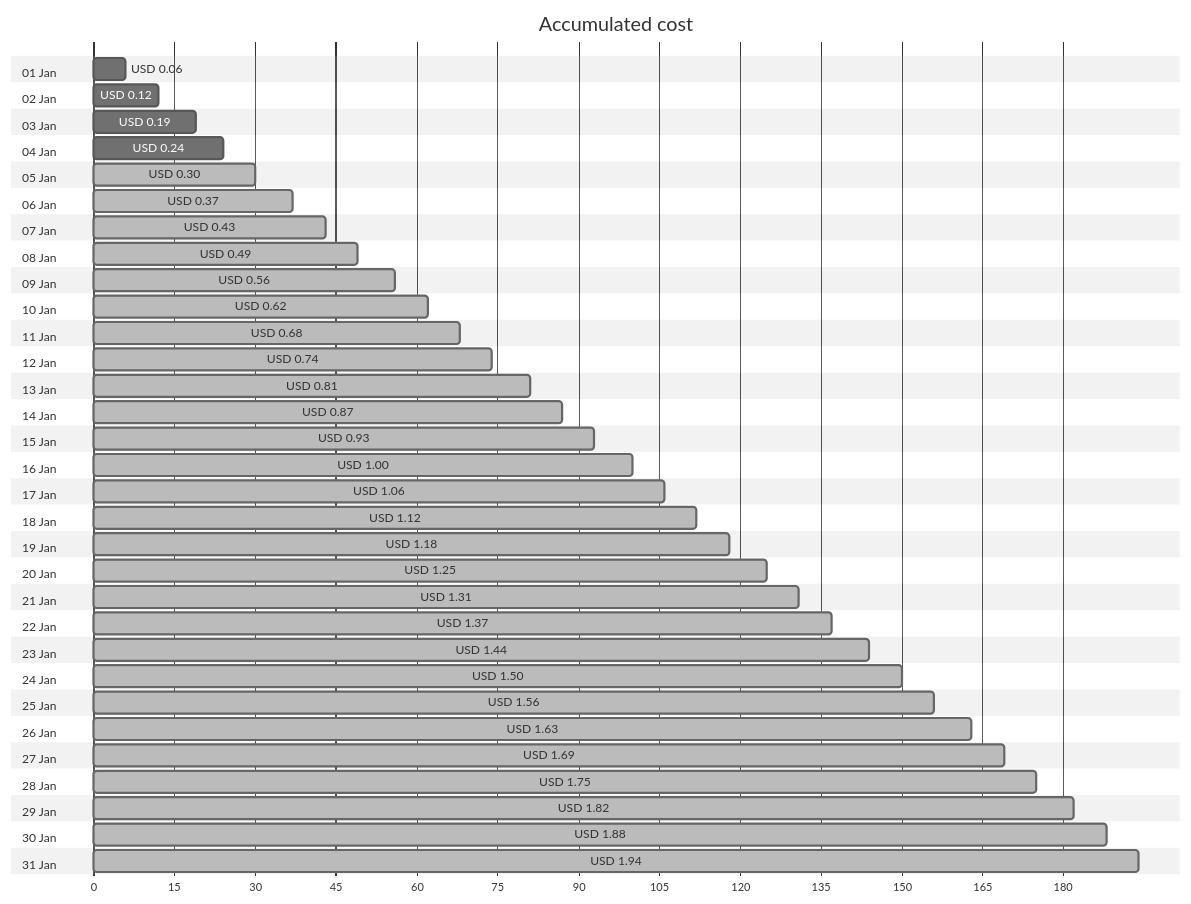
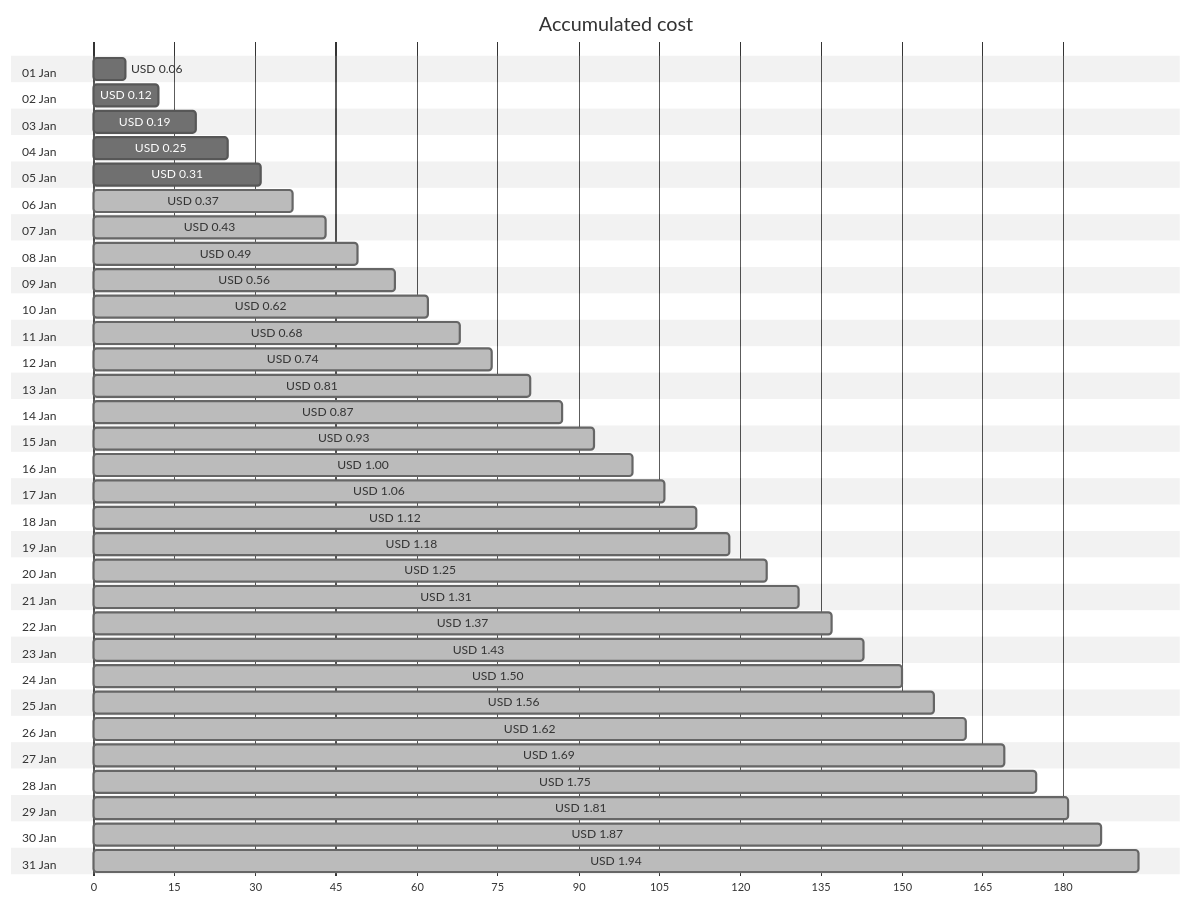
Before and after one commit to jpfulton/azure-personal-reports: the first of 4 diagrams in cost-reports/personal-network/vpn-server_OsDisk.md, drawn with Mermaid (neutral theme). The commit also changed other lines of this file and 8 other files, not shown here.

````diff
--- a/cost-reports/personal-network/vpn-server_OsDisk.md
+++ b/cost-reports/personal-network/vpn-server_OsDisk.md
@@ -20,68 +20,68 @@
 ```mermaid
 gantt
    title Accumulated cost
    dateFormat  X
    axisFormat %s
    section 01 Jan
    USD 0.06 :0, 6
    section 02 Jan
    USD 0.12 :0, 12
    section 03 Jan
    USD 0.19 :0, 19
    section 04 Jan
-   USD 0.24 :0, 24
+   USD 0.25 :0, 25
    section 05 Jan
-   USD 0.30 : done, 0, 30
+   USD 0.31 :0, 31
    section 06 Jan
    USD 0.37 : done, 0, 37
    section 07 Jan
    USD 0.43 : done, 0, 43
    section 08 Jan
    USD 0.49 : done, 0, 49
    section 09 Jan
    USD 0.56 : done, 0, 56
    section 10 Jan
    USD 0.62 : done, 0, 62
    section 11 Jan
    USD 0.68 : done, 0, 68
    section 12 Jan
    USD 0.74 : done, 0, 74
    section 13 Jan
    USD 0.81 : done, 0, 81
    section 14 Jan
    USD 0.87 : done, 0, 87
    section 15 Jan
    USD 0.93 : done, 0, 93
    section 16 Jan
    USD 1.00 : done, 0, 100
    section 17 Jan
    USD 1.06 : done, 0, 106
    section 18 Jan
    USD 1.12 : done, 0, 112
    section 19 Jan
    USD 1.18 : done, 0, 118
    section 20 Jan
    USD 1.25 : done, 0, 125
    section 21 Jan
    USD 1.31 : done, 0, 131
    section 22 Jan
    USD 1.37 : done, 0, 137
    section 23 Jan
-   USD 1.44 : done, 0, 144
+   USD 1.43 : done, 0, 143
    section 24 Jan
    USD 1.50 : done, 0, 150
    section 25 Jan
    USD 1.56 : done, 0, 156
    section 26 Jan
-   USD 1.63 : done, 0, 163
+   USD 1.62 : done, 0, 162
    section 27 Jan
    USD 1.69 : done, 0, 169
    section 28 Jan
    USD 1.75 : done, 0, 175
    section 29 Jan
-   USD 1.82 : done, 0, 182
+   USD 1.81 : done, 0, 181
    section 30 Jan
-   USD 1.88 : done, 0, 188
+   USD 1.87 : done, 0, 187
    section 31 Jan
    USD 1.94 : done, 0, 194
 ```
````
